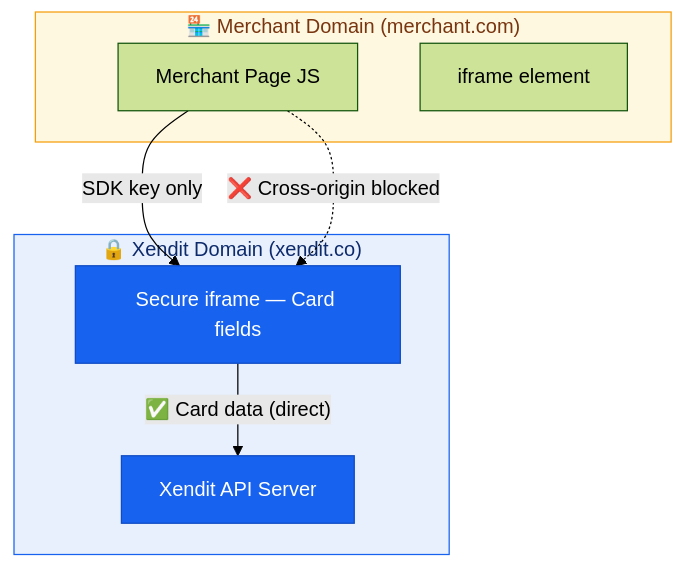
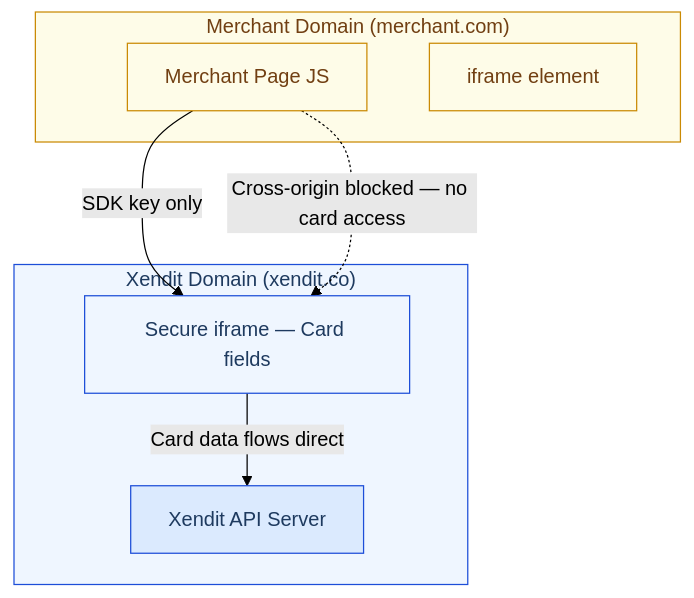
One commit to sabiqovsky/clm-components-guide changed the diagram in content/08-security.md. Above: the diagram before and after it, drawn with Mermaid (forest theme). The commit also changed 9 other files, not shown here.

First line of the commit message:
fix: WCAG-compliant Mermaid diagrams, no dark backgrounds

````diff
--- a/content/08-security.md
+++ b/content/08-security.md
@@ -11,21 +11,23 @@
 ```mermaid
 flowchart TD
-    subgraph Merchant["🏪 Merchant Domain (merchant.com)"]
+    subgraph Merchant["Merchant Domain (merchant.com)"]
         A["Merchant Page JS"]
         B["iframe element"]
     end
 
-    subgraph XenditDomain["🔒 Xendit Domain (xendit.co)"]
+    subgraph XenditDomain["Xendit Domain (xendit.co)"]
         C["Secure iframe — Card fields"]
         D["Xendit API Server"]
     end
 
     A -->|"SDK key only"| C
-    A -.->|"❌ Cross-origin blocked"| C
-    C -->|"✅ Card data (direct)"| D
+    A -.->|"Cross-origin blocked — no card access"| C
+    C -->|"Card data flows direct"| D
 
-    style Merchant fill:#fff8e1,stroke:#f59e0b,color:#78350f
-    style XenditDomain fill:#e8f0fe,stroke:#1762ee,color:#0d2a6b
-    style C fill:#1762ee,stroke:#0f4bc4,color:#ffffff
-    style D fill:#1762ee,stroke:#0f4bc4,color:#ffffff
+    style Merchant fill:#fefce8,stroke:#ca8a04,color:#713f12
+    style XenditDomain fill:#eff6ff,stroke:#1d4ed8,color:#1e3a5f
+    style A fill:#fefce8,stroke:#ca8a04,color:#713f12
+    style B fill:#fefce8,stroke:#ca8a04,color:#713f12
+    style C fill:#eff6ff,stroke:#1d4ed8,color:#1e3a5f
+    style D fill:#dbeafe,stroke:#1d4ed8,color:#1e3a5f
 ```
````
